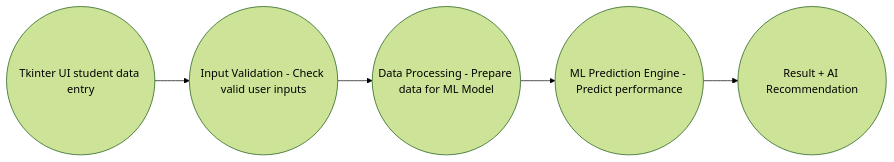
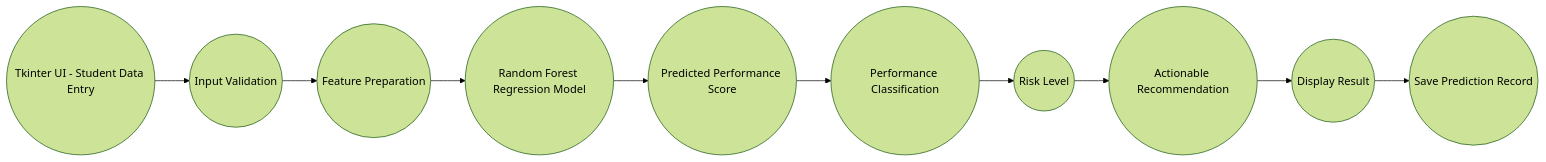
One commit to kamal05gits/SmartStudentPerformancePredictionSystem changed the diagram in README.md. Above: the diagram before and after it, drawn with Mermaid (forest theme). The commit also changed other lines of this file, not shown here.

````diff
--- a/README.md
+++ b/README.md
@@ -131,7 +177,12 @@
 ```mermaid
 flowchart LR
-    A(( Tkinter UI student data entry )) --> B(( Input Validation - Check valid user inputs  ));
-    B --> C(( Data Processing - Prepare data for ML Model  ));
-    C --> D(( ML Prediction Engine - Predict performance ));
-    D --> E(( Result + AI Recommendation ));
+    A(( Tkinter UI - Student Data Entry )) --> B(( Input Validation ))
+    B --> C(( Feature Preparation ))
+    C --> D(( Random Forest Regression Model ))
+    D --> E(( Predicted Performance Score ))
+    E --> F(( Performance Classification ))
+    F --> G(( Risk Level ))
+    G --> H(( Actionable Recommendation ))
+    H --> I(( Display Result ))
+    I --> J(( Save Prediction Record ))
 ```
````
